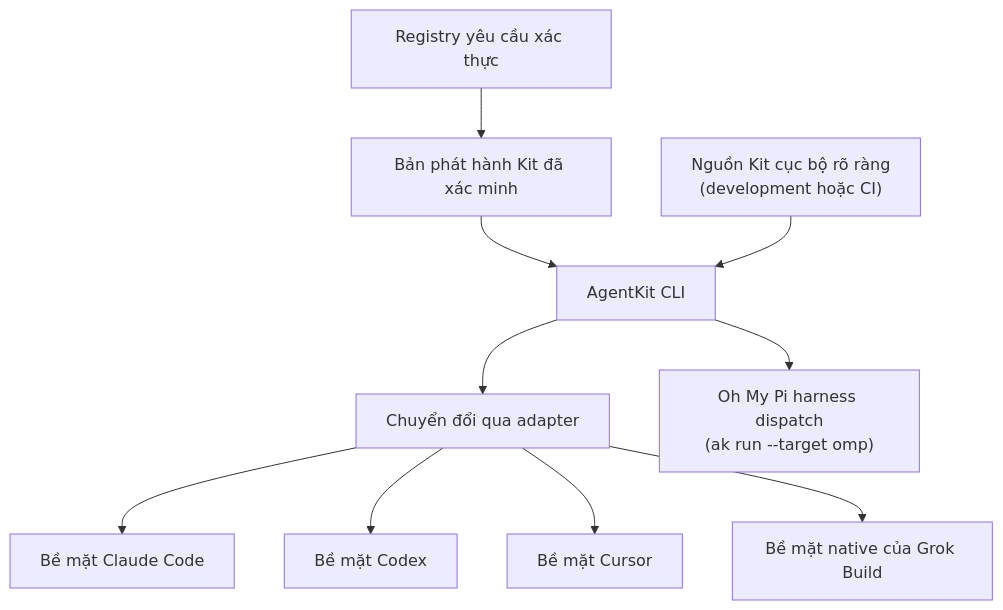
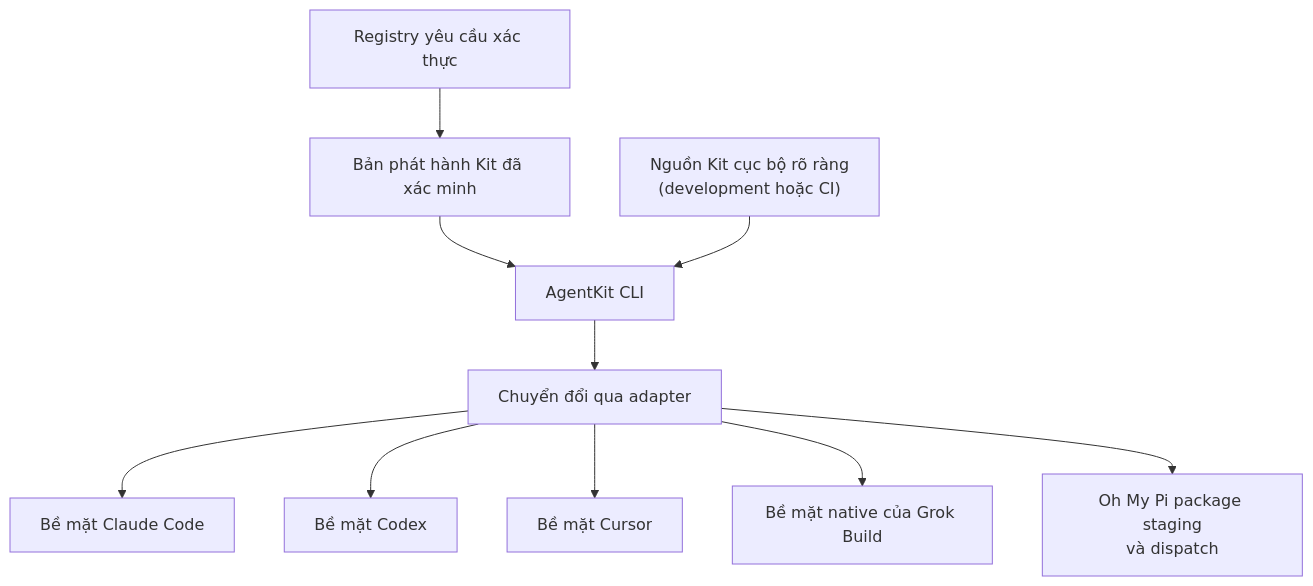
The diagram in content/docs/beta/concepts/architecture.vi.mdx (bestagentkits/agentkit-docs), drawn with Mermaid before and after one commit. The commit also changed other lines of this file and 36 other files, not shown here.

````diff
--- a/content/docs/beta/concepts/architecture.vi.mdx
+++ b/content/docs/beta/concepts/architecture.vi.mdx
@@ -10,14 +10,14 @@
 ```mermaid
 flowchart TB
   accTitle: Từ nguồn Kit đến các bề mặt runtime
   accDescr: Registry yêu cầu xác thực cung cấp các bản phát hành Kit đã xác minh cho target đã phát hành, còn nguồn cục bộ rõ ràng cung cấp Kit cho target development-only. AgentKit CLI chuyển từng Kit qua runtime adapter.
   registry["Registry yêu cầu xác thực"] --> release["Bản phát hành Kit đã xác minh"]
   release --> cli["AgentKit CLI"]
   local["Nguồn Kit cục bộ rõ ràng<br/>(development hoặc CI)"] --> cli
   cli --> adapter["Chuyển đổi qua adapter"]
   adapter --> claude["Bề mặt Claude Code"]
   adapter --> codex["Bề mặt Codex"]
   adapter --> cursor["Bề mặt Cursor"]
   adapter --> grok["Bề mặt native của Grok Build"]
-  cli --> omp["Oh My Pi harness dispatch<br/>(ak run --target omp)"]
+  adapter --> omp["Oh My Pi package staging<br/>và dispatch"]
 ```
````
